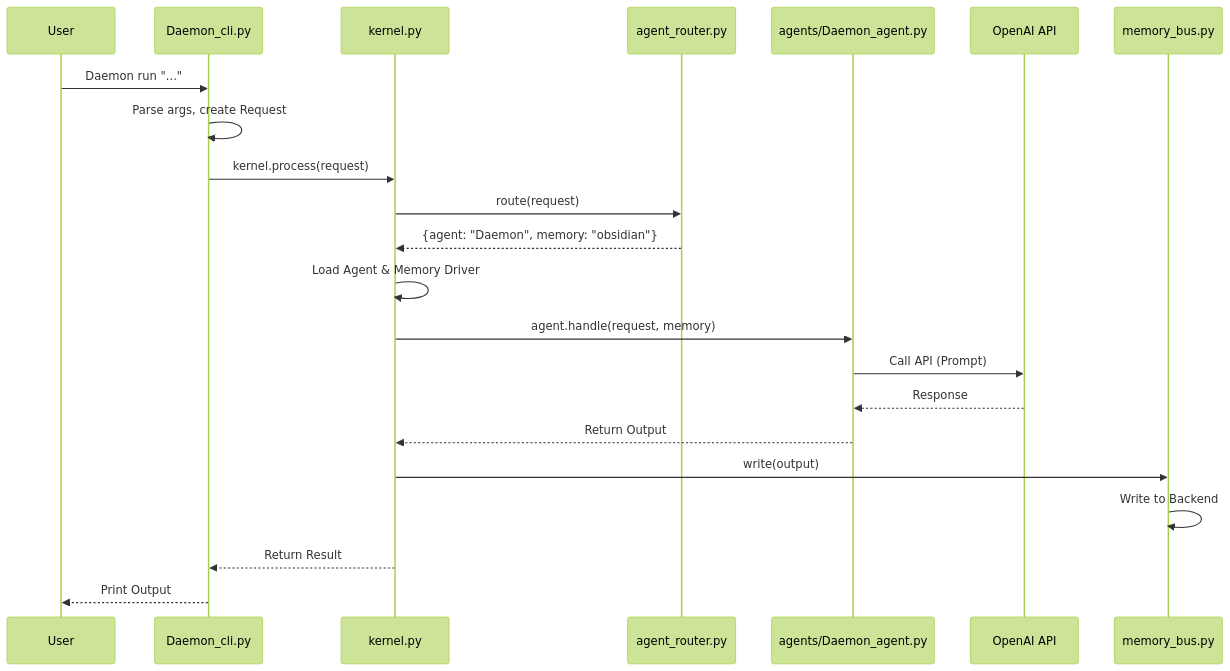
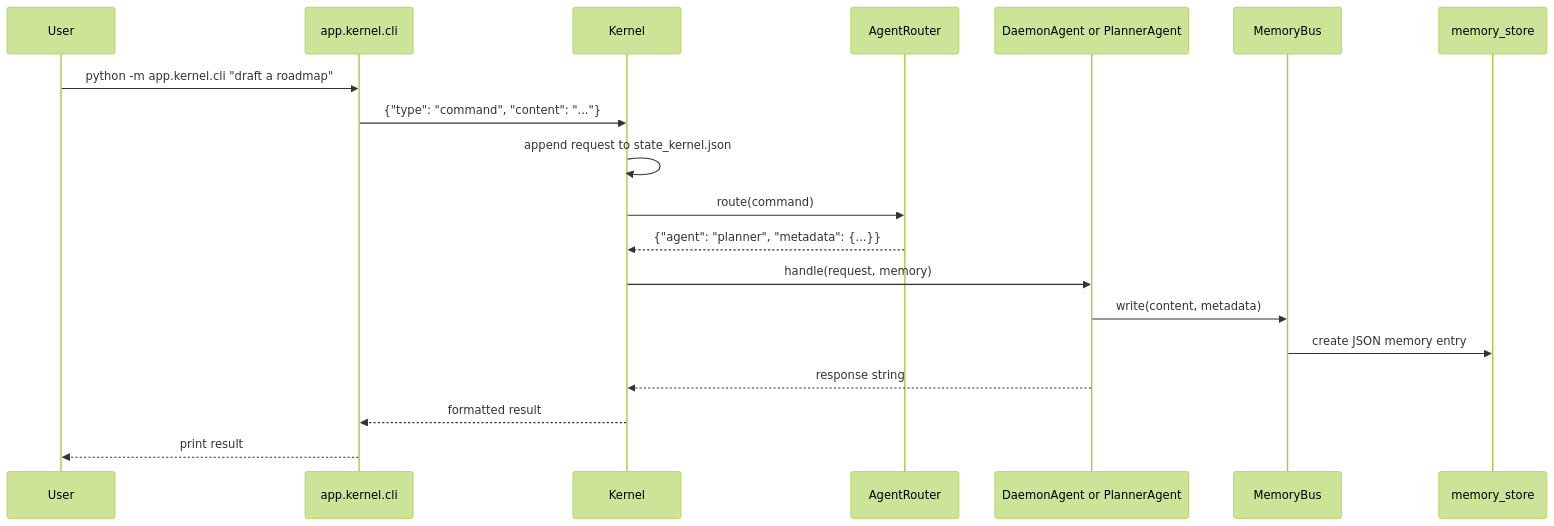
Before and after one commit to AgenticGovernace/AgenticGovernance-ArtemisCity: the second of 2 diagrams in docs/kernel.md, drawn with Mermaid (forest theme). The commit also changed other lines of this file and 31 other files, not shown here.

````diff
--- a/docs/kernel.md
+++ b/docs/kernel.md
@@ -47,25 +56,22 @@
 ```mermaid
 sequenceDiagram
     participant User
-    participant CLI as Daemon_cli.py
-    participant Kernel as kernel.py
-    participant Router as agent_router.py
-    participant Agent as agents/Daemon_agent.py
-    participant LLM as OpenAI API
-    participant MemBus as memory_bus.py
+    participant CLI as app.kernel.cli
+    participant Kernel as Kernel
+    participant Router as AgentRouter
+    participant Agent as DaemonAgent or PlannerAgent
+    participant MemBus as MemoryBus
+    participant Store as memory_store
 
-    User->>CLI: Daemon run "..."
-    CLI->>CLI: Parse args, create Request
-    CLI->>Kernel: kernel.process(request)
-    Kernel->>Router: route(request)
-    Router-->>Kernel: {agent: "Daemon", memory: "obsidian"}
-    Kernel->>Kernel: Load Agent & Memory Driver
-    Kernel->>Agent: agent.handle(request, memory)
-    Agent->>LLM: Call API (Prompt)
-    LLM-->>Agent: Response
-    Agent-->>Kernel: Return Output
-    Kernel->>MemBus: write(output)
-    MemBus->>MemBus: Write to Backend
-    Kernel-->>CLI: Return Result
-    CLI-->>User: Print Output
+    User->>CLI: python -m app.kernel.cli "draft a roadmap"
+    CLI->>Kernel: {"type": "command", "content": "..."}
+    Kernel->>Kernel: append request to state_kernel.json
+    Kernel->>Router: route(command)
+    Router-->>Kernel: {"agent": "planner", "metadata": {...}}
+    Kernel->>Agent: handle(request, memory)
+    Agent->>MemBus: write(content, metadata)
+    MemBus->>Store: create JSON memory entry
+    Agent-->>Kernel: response string
+    Kernel-->>CLI: formatted result
+    CLI-->>User: print result
 ```
````
